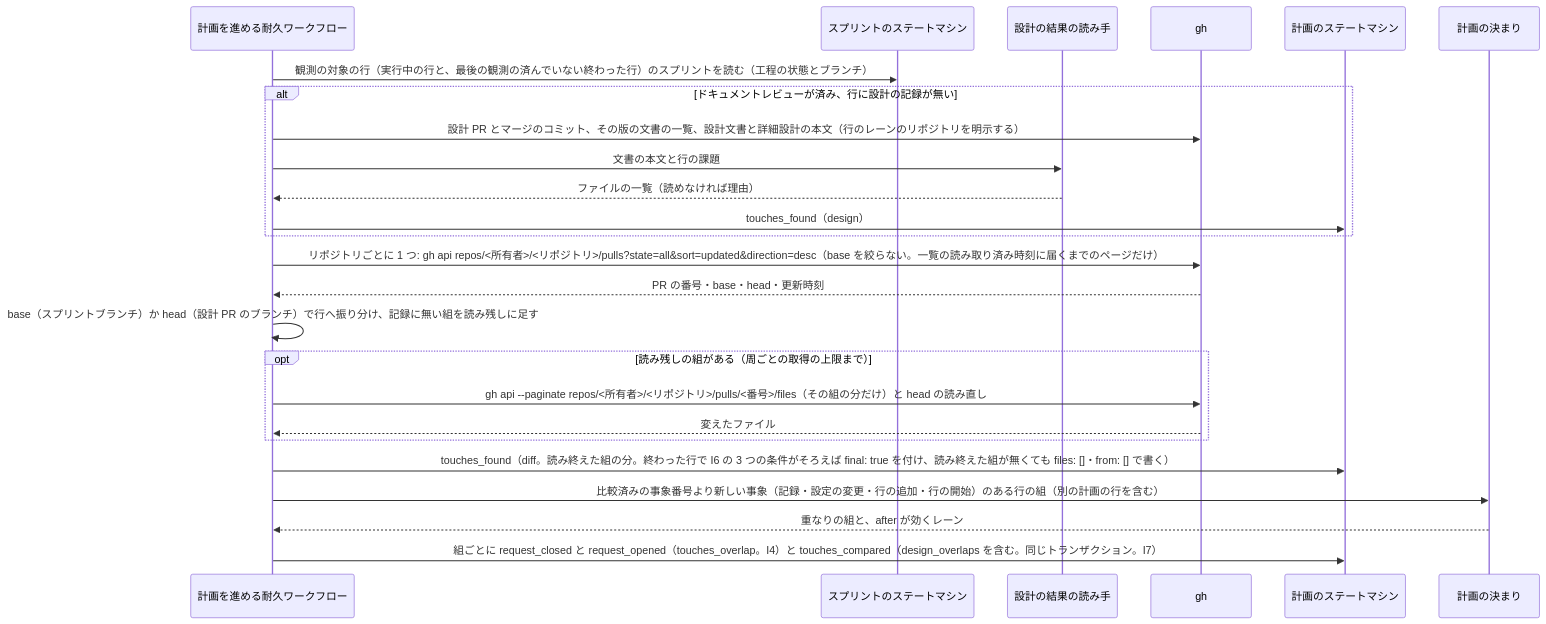
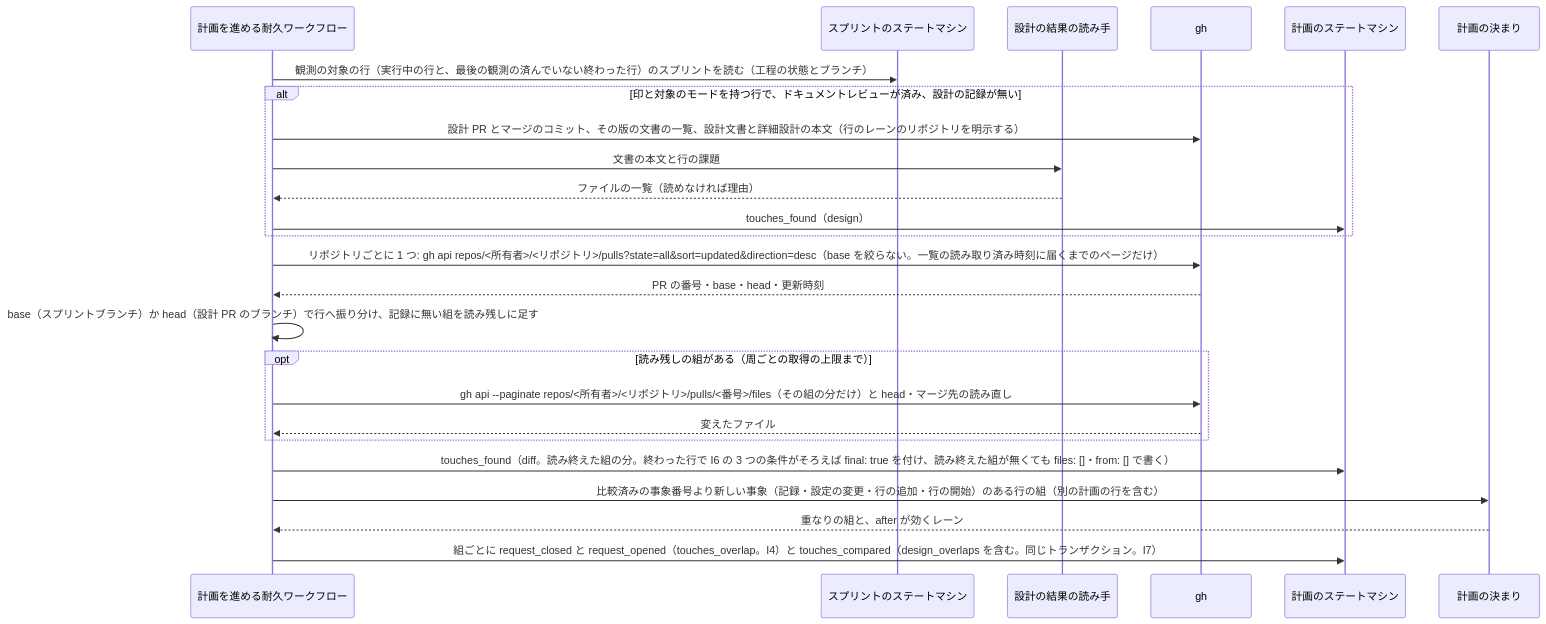
One commit to devbasex/ai-plugins changed the fourth of 5 diagrams in issues/issue-4295-2037-design.md. Above: the diagram before and after it, drawn with Mermaid. The commit also changed other lines of this file and 1 other file, not shown here.

````diff
--- a/issues/issue-4295-2037-design.md
+++ b/issues/issue-4295-2037-design.md
@@ -359,27 +376,27 @@
 ```mermaid
 sequenceDiagram
     participant RUN as 計画を進める耐久ワークフロー
     participant SP as スプリントのステートマシン
     participant DR as 設計の結果の読み手
     participant GH as gh
     participant PL as 計画のステートマシン
     participant RU as 計画の決まり
     RUN->>SP: 観測の対象の行（実行中の行と、最後の観測の済んでいない終わった行）のスプリントを読む（工程の状態とブランチ）
-    alt ドキュメントレビューが済み、行に設計の記録が無い
+    alt 印と対象のモードを持つ行で、ドキュメントレビューが済み、設計の記録が無い
         RUN->>GH: 設計 PR とマージのコミット、その版の文書の一覧、設計文書と詳細設計の本文（行のレーンのリポジトリを明示する）
         RUN->>DR: 文書の本文と行の課題
         DR-->>RUN: ファイルの一覧（読めなければ理由）
         RUN->>PL: touches_found（design）
     end
     RUN->>GH: リポジトリごとに 1 つ: gh api repos/<所有者>/<リポジトリ>/pulls?state=all&sort=updated&direction=desc（base を絞らない。一覧の読み取り済み時刻に届くまでのページだけ）
     GH-->>RUN: PR の番号・base・head・更新時刻
     RUN->>RUN: base（スプリントブランチ）か head（設計 PR のブランチ）で行へ振り分け、記録に無い組を読み残しに足す
     opt 読み残しの組がある（周ごとの取得の上限まで）
-        RUN->>GH: gh api --paginate repos/<所有者>/<リポジトリ>/pulls/<番号>/files（その組の分だけ）と head の読み直し
+        RUN->>GH: gh api --paginate repos/<所有者>/<リポジトリ>/pulls/<番号>/files（その組の分だけ）と head・マージ先の読み直し
         GH-->>RUN: 変えたファイル
     end
     RUN->>PL: touches_found（diff。読み終えた組の分。終わった行で I6 の 3 つの条件がそろえば final: true を付け、読み終えた組が無くても files: []・from: [] で書く）
     RUN->>RU: 比較済みの事象番号より新しい事象（記録・設定の変更・行の追加・行の開始）のある行の組（別の計画の行を含む）
     RU-->>RUN: 重なりの組と、after が効くレーン
     RUN->>PL: 組ごとに request_closed と request_opened（touches_overlap。I4）と touches_compared（design_overlaps を含む。同じトランザクション。I7）
 ```
````
